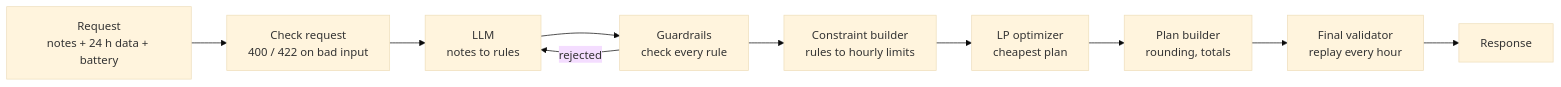
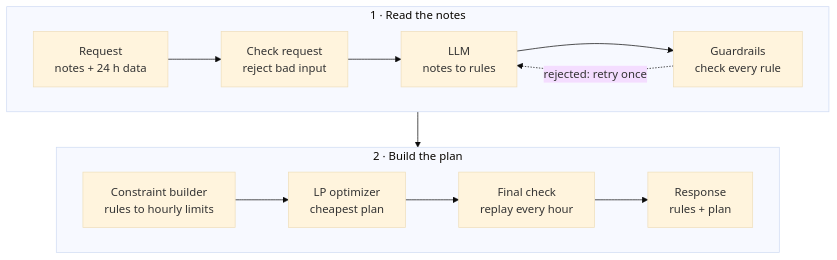
Before and after one commit to AayatHossain/note-to-grid: the diagram in README.md, drawn with Mermaid (base theme).

Commit message:
README: two-row flow diagram

````diff
--- a/README.md
+++ b/README.md
@@ -88,12 +88,13 @@
 ```mermaid
-flowchart LR
-    R["Request<br/>notes + 24 h data + battery"] --> V["Check request<br/>400 / 422 on bad input"]
-    V --> L["LLM<br/>notes to rules"]
-    L --> G["Guardrails<br/>check every rule"]
-    G -- "rejected" --> L
-    G --> C["Constraint builder<br/>rules to hourly limits"]
-    C --> O["LP optimizer<br/>cheapest plan"]
-    O --> P["Plan builder<br/>rounding, totals"]
-    P --> F["Final validator<br/>replay every hour"]
-    F --> S["Response"]
+flowchart TB
+    subgraph A ["1 · Read the notes"]
+        direction LR
+        R["Request<br/>notes + 24 h data"] --> V["Check request<br/>reject bad input"] --> L["LLM<br/>notes to rules"] --> G["Guardrails<br/>check every rule"]
+        G -. "rejected: retry once" .-> L
+    end
+    subgraph B ["2 · Build the plan"]
+        direction LR
+        C["Constraint builder<br/>rules to hourly limits"] --> O["LP optimizer<br/>cheapest plan"] --> F["Final check<br/>replay every hour"] --> S["Response<br/>rules + plan"]
+    end
+    A --> B
 ```
````
